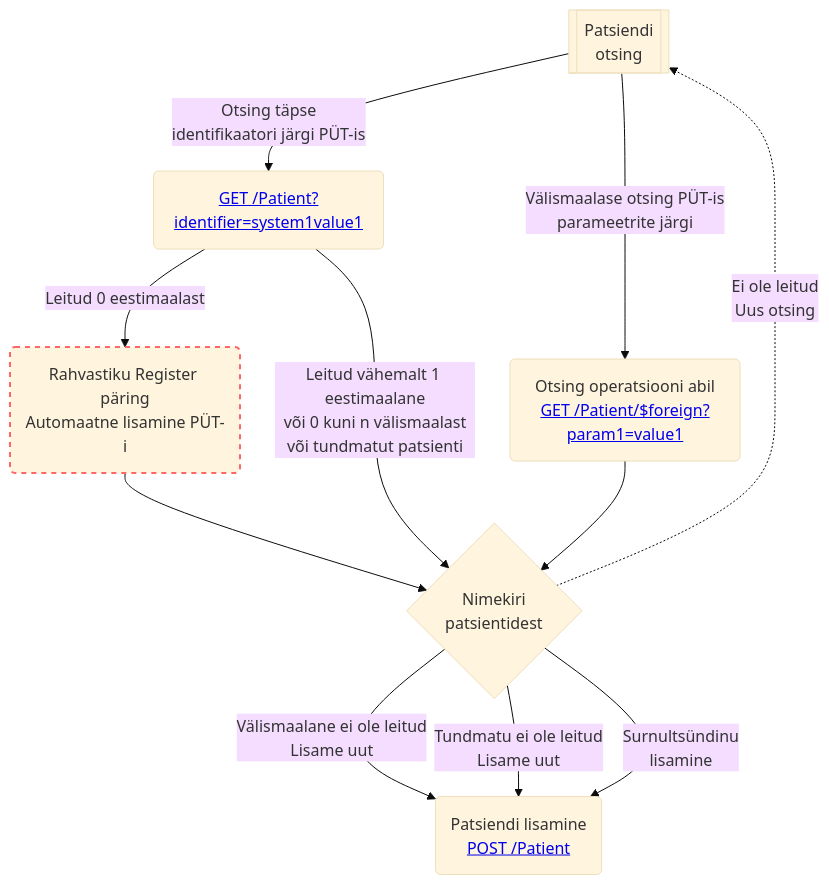
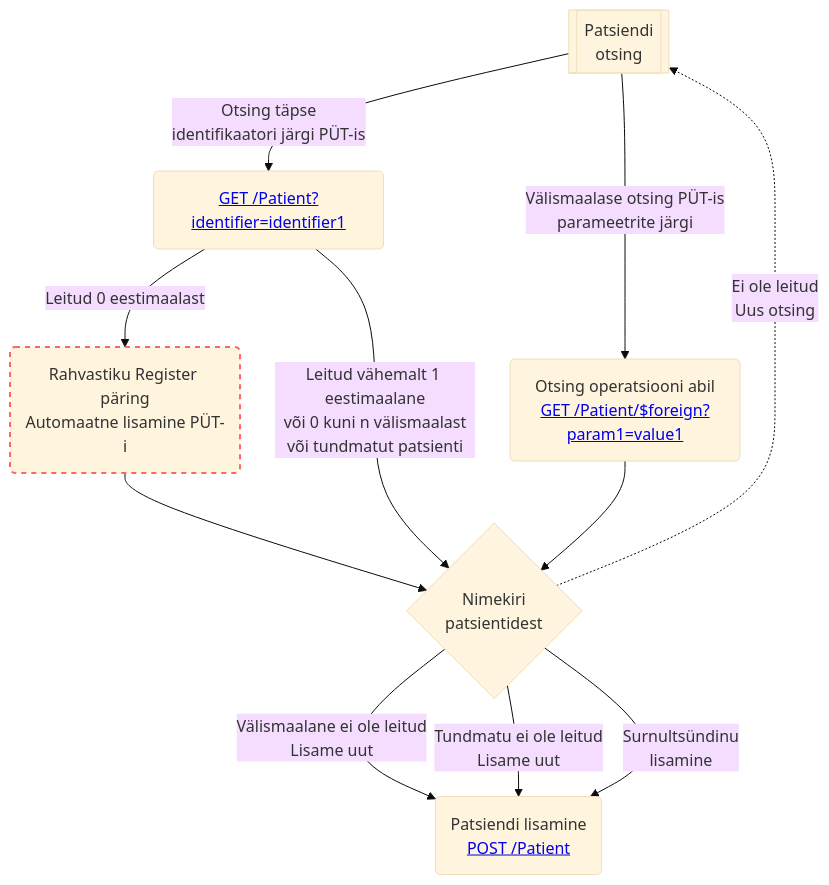
The second of 2 diagrams in ig/input/pagecontent/patient.md (TEHIK-EE/ig-ee-mpi), drawn with Mermaid (base theme) before and after one commit. The commit also changed other lines of this file and 9 other files, not shown here.

````diff
--- a/ig/input/pagecontent/patient.md
+++ b/ig/input/pagecontent/patient.md
@@ -40,18 +45,18 @@
 ```mermaid
 flowchart TD
-    A[[Patsiendi\notsing]] -->|Otsing täpse\nidentifikaatori järgi PÜT-is| B(<a href='dev.html#andmete-pärimine'>GET /Patient?identifier=system1value1</a>)
+    A[[Patsiendi\notsing]] -->|Otsing täpse\nidentifikaatori järgi PÜT-is| B(<a href='dev.html#otsing'>GET /Patient?identifier=identifier1</a>)
     B --> |Leitud 0 eestimaalast| RR(Rahvastiku Register päring\nAutomaatne lisamine PÜT-i)
     RR --> MPIList1
 
     style RR stroke:#f66,stroke-width:2px,stroke-dasharray: 5 5
     B --> |Leitud vähemalt 1 eestimaalane\nvõi 0 kuni n välismaalast\nvõi tundmatut patsienti| MPIList1{Nimekiri\npatsientidest}
     MPIList1 -.-> |Ei ole leitud\nUus otsing| A
 
     
     A --> |Välismaalase otsing PÜT-is\nparameetrite järgi| C(Otsing operatsiooni abil\n<a href='operations.html#välismaalaste-otsing'>GET /Patient/$foreign?param1=value1</a>)
     C --> MPIList1
 
     MPIList1 --> |Välismaalane ei ole leitud\nLisame uut| NewPatient(Patsiendi lisamine\n<a href='uc.html#uc-02-patsient-teiese-riigi-dokumendiga'>POST /Patient</a>)
     MPIList1 --> |Tundmatu ei ole leitud\nLisame uut| NewPatient   
     MPIList1 --> |Surnultsündinu\nlisamine| NewPatient    
 ```
````
